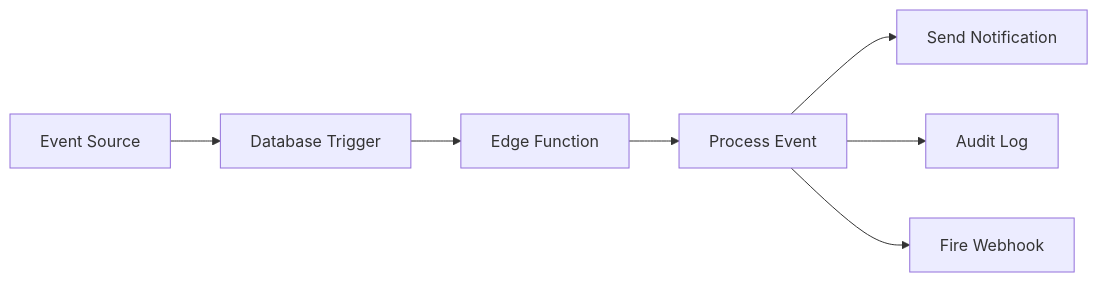
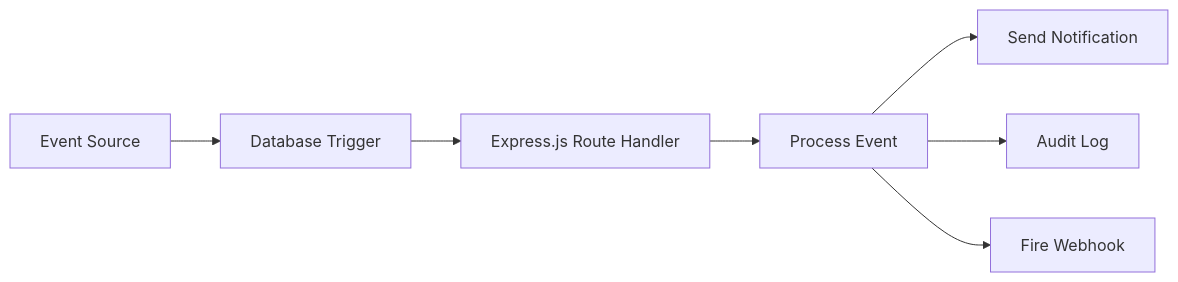
The third of 11 diagrams in docs/ARCHITECTURE_SYSTEM_DESIGN_2025-11-01.md (Recon-X2025/guardian-flow), drawn with Mermaid before and after one commit. The commit also changed other lines of this file and 361 other files, not shown here.

````diff
--- a/docs/ARCHITECTURE_SYSTEM_DESIGN_2025-11-01.md
+++ b/docs/ARCHITECTURE_SYSTEM_DESIGN_2025-11-01.md
@@ -202,9 +202,9 @@
 ```mermaid
 graph LR
     EVENT[Event Source] --> TRIGGER[Database Trigger]
-    TRIGGER --> FUNCTION[Edge Function]
+    TRIGGER --> FUNCTION[Express.js Route Handler]
     FUNCTION --> PROCESS[Process Event]
     PROCESS --> NOTIFY[Send Notification]
     PROCESS --> LOG[Audit Log]
     PROCESS --> WEBHOOK[Fire Webhook]
 ```
````
